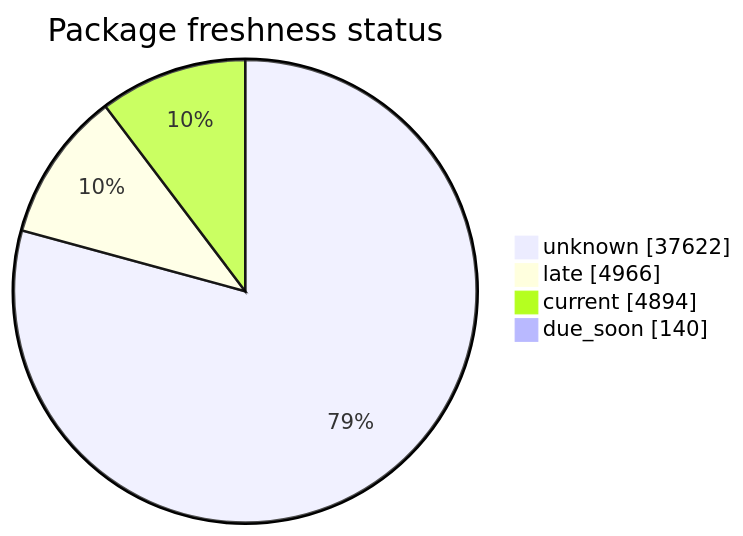
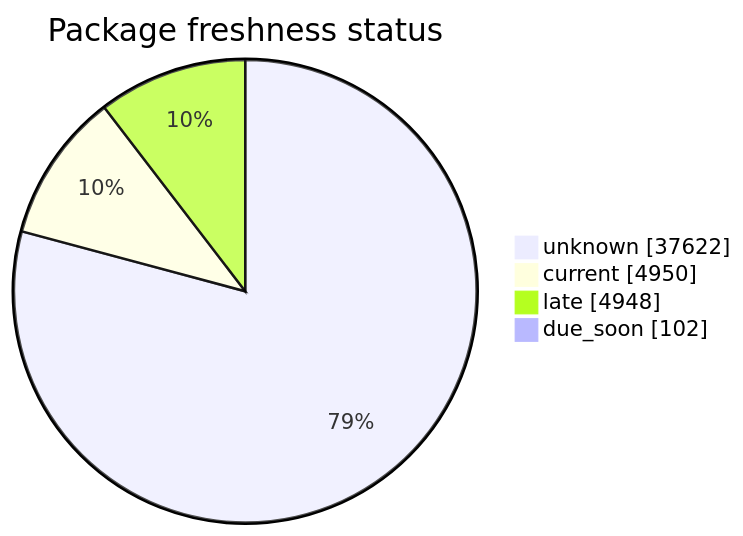
The second of 5 diagrams in FreshCheck/README.md (open-data/analytics-corporate-reporting), drawn with Mermaid before and after one commit. The commit also changed other lines of this file and 3 other files, not shown here.

````diff
--- a/FreshCheck/README.md
+++ b/FreshCheck/README.md
@@ -68,7 +68,7 @@
 ```mermaid
 pie showData title Package freshness status
     "unknown": 37622
-    "late": 4966
-    "current": 4894
-    "due_soon": 140
+    "current": 4950
+    "late": 4948
+    "due_soon": 102
 ```
````
